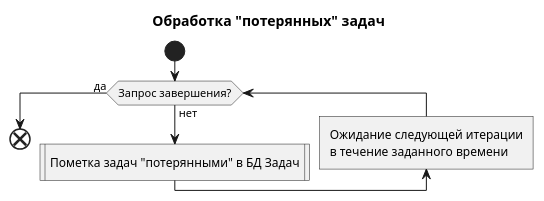
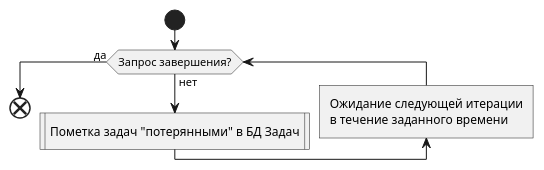
The third of 3 diagrams in docs/diagrams/activity/Job.WebApi.puml (mrypdm/JobSystem), drawn with PlantUML before and after one commit. The commit also changed other lines of this file and 19 other files, not shown here.

```diff
--- a/docs/diagrams/activity/Job.WebApi.puml
+++ b/docs/diagrams/activity/Job.WebApi.puml
@@ -40,17 +36,15 @@
-@startuml Lost Jobs worker
-
-title Обработка "потерянных" задач
+@startuml WEBAPI Lost Jobs worker
 
 start
 
 while (Запрос завершения?) is (нет)
 :Пометка задач "потерянными" в БД Задач|
 
 backward :Ожидание следующей итерации
 в течение заданного времени]
 
 endwhile (да)
 
 end
 
 @enduml
```
